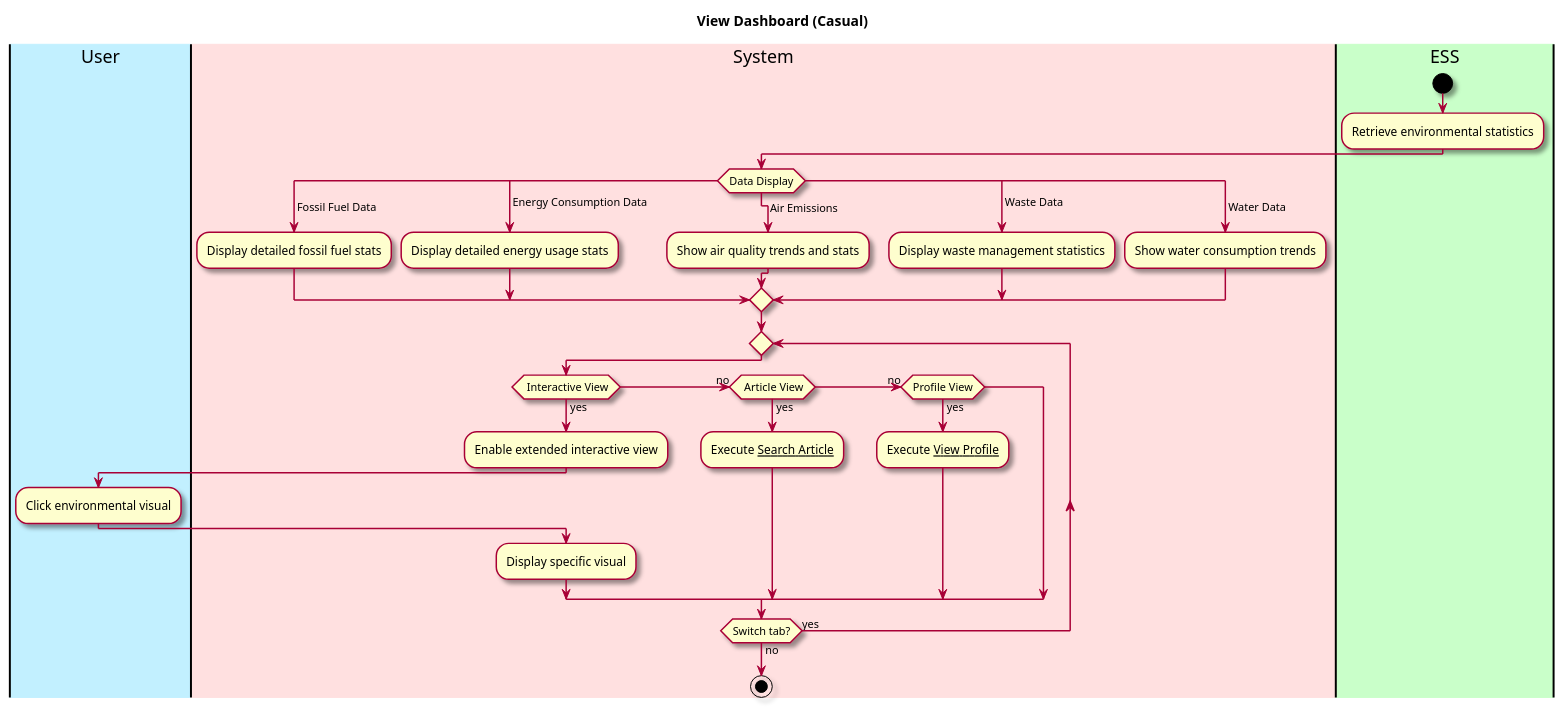
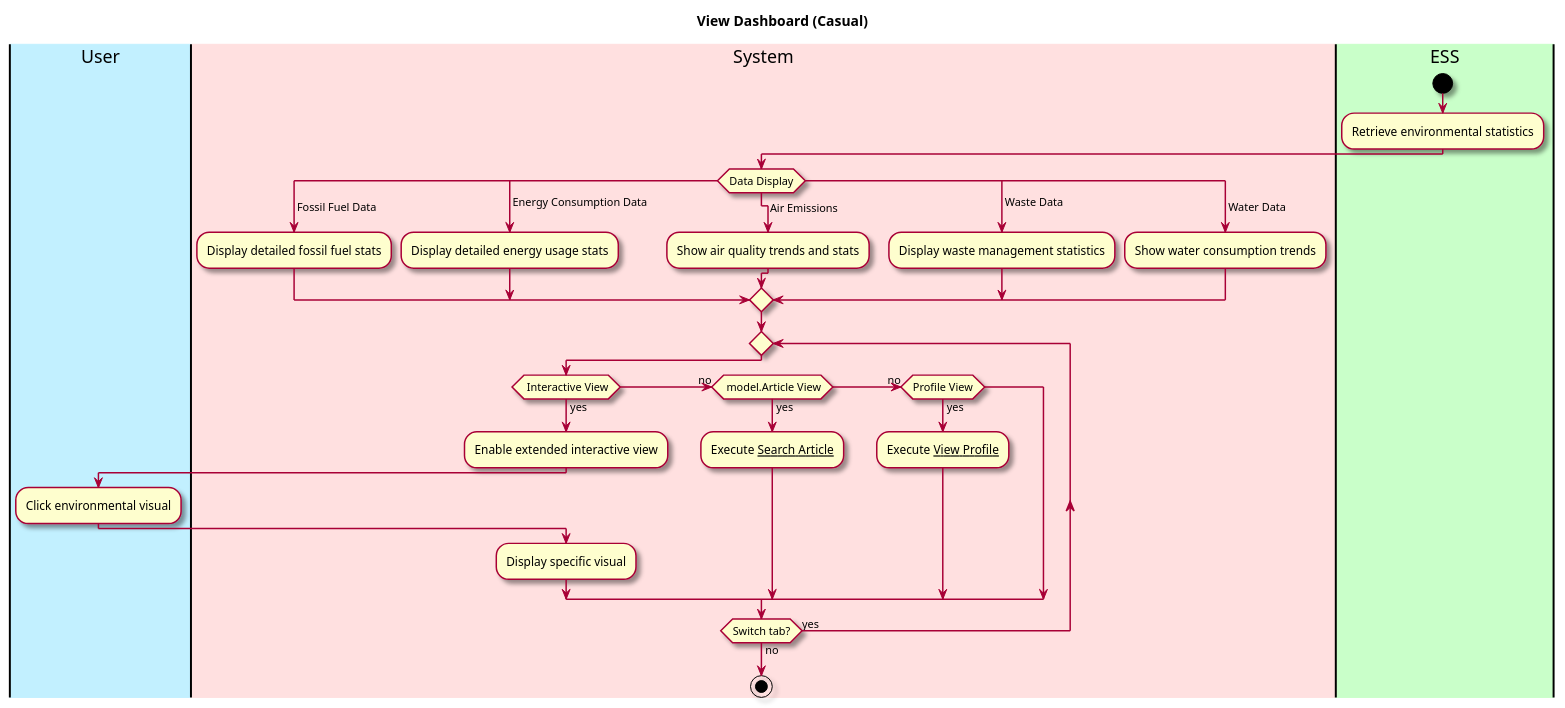
One commit to owhitleym-ui/EcoScoop changed the first of 2 diagrams in intellij/doc/use-cases/view-dashboard.md. Above: the diagram before and after it, drawn with PlantUML. The commit also changed other lines of this file and 72 other files, not shown here.

Commit message:
Refactored Code to Implemented Model View Controller

````diff
--- a/intellij/doc/use-cases/view-dashboard.md
+++ b/intellij/doc/use-cases/view-dashboard.md
@@ -24,60 +24,60 @@
 ```plantuml
 @startuml
 
 skin rose
 
 title View Dashboard (Casual)
 
 'define the lanes
 |#application|User|
 |#implementation|System|
 |#technology|ESS|
 
 start
 
 |ESS|
 :Retrieve environmental statistics;
 
 
 |System|
 switch (Data Display)
     case ( Fossil Fuel Data)
         |System|
         :Display detailed fossil fuel stats;
     case ( Energy Consumption Data)
         |System|
         :Display detailed energy usage stats;
     case (   Air Emissions)
         |System|
         :Show air quality trends and stats;
     case ( Waste Data)
         |System|
         :Display waste management statistics;
     case ( Water Data)
         |System|
         :Show water consumption trends;
 
 endswitch
 
 repeat
 
 if ( Interactive View) then (yes)
 :Enable extended interactive view;
 |User|
 :Click environmental visual;
 
 |System|
 :Display specific visual;
-(no) elseif ( Article View) then (yes)
+(no) elseif ( model.Article View) then (yes)
 :Execute __Search Article__;
 
 (no) elseif (Profile View) then (yes)
 :Execute __View Profile__;
 endif
 
 repeat while (Switch tab?) is (yes) not (no)
 
 
 stop
 @enduml
 ```
````
